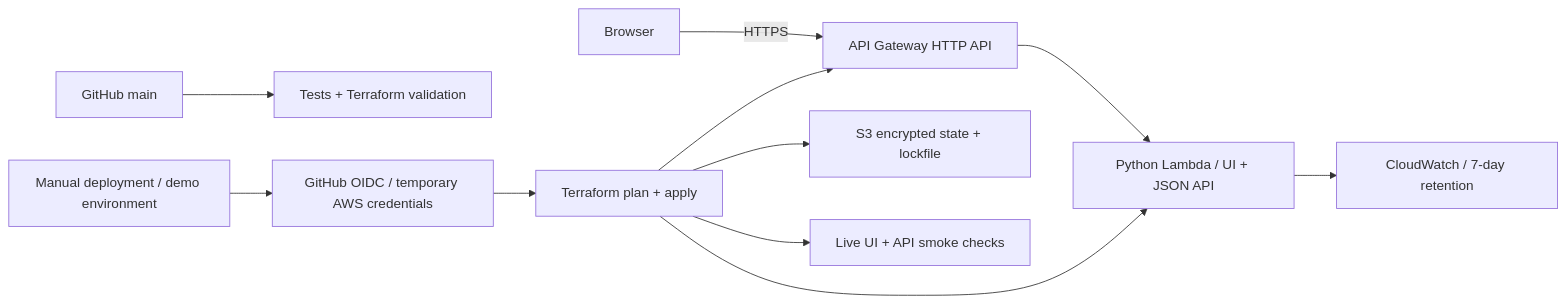
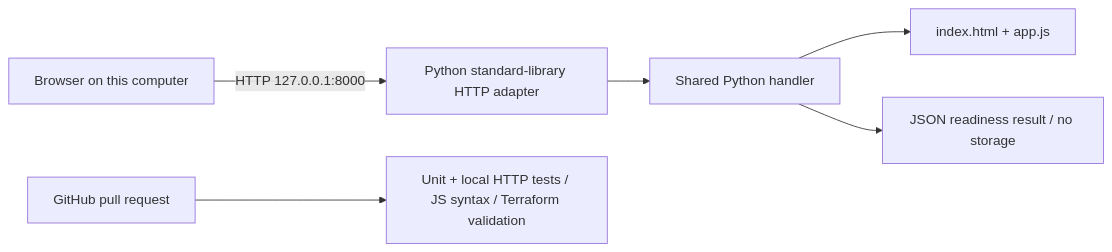
Before and after one commit to FrancoJim/portfolio-release-gate: the diagram in README.md, drawn with Mermaid. The commit also changed other lines of this file and 6 other files, not shown here.

Commit message:
Make Release Gate reproducible as a loopback-only local demo

````diff
--- a/README.md
+++ b/README.md
@@ -9,13 +31,8 @@
 ```mermaid
 flowchart LR
-  User[Browser] -->|HTTPS| API[API Gateway HTTP API]
-  API --> Lambda[Python Lambda / UI + JSON API]
-  Lambda --> Logs[CloudWatch / 7-day retention]
-  Repo[GitHub main] --> CI[Tests + Terraform validation]
-  Dispatch[Manual deployment / demo environment] --> OIDC[GitHub OIDC / temporary AWS credentials]
-  OIDC --> TF[Terraform plan + apply]
-  TF --> State[S3 encrypted state + lockfile]
-  TF --> API
-  TF --> Lambda
-  TF --> Smoke[Live UI + API smoke checks]
+  Browser[Browser on this computer] -->|HTTP 127.0.0.1:8000| Local[Python standard-library HTTP adapter]
+  Local --> Handler[Shared Python handler]
+  Handler --> UI[index.html + app.js]
+  Handler --> Result[JSON readiness result / no storage]
+  PR[GitHub pull request] --> CI[Unit + local HTTP tests / JS syntax / Terraform validation]
 ```
````
